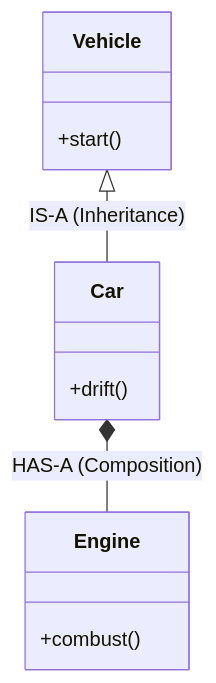
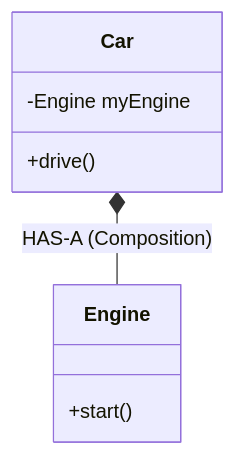
One commit to atkoehler/UIC-CS141-Public changed the first of 4 diagrams in notes/20261113/inhertiance.md. Above: the diagram before and after it, drawn with Mermaid. The commit also changed other lines of this file, not shown here.

````diff
--- a/notes/20261113/inhertiance.md
+++ b/notes/20261113/inhertiance.md
@@ -30,15 +8,12 @@
 ```mermaid
 classDiagram
-    class Vehicle {
+    class Engine {
         +start()
     }
     class Car {
-        +drift()
-    }
-    class Engine {
-        +combust()
+        -Engine myEngine
+        +drive()
     }
     
-    Vehicle <|-- Car : IS-A (Inheritance)
     Car *-- Engine : HAS-A (Composition)
 ```
````
